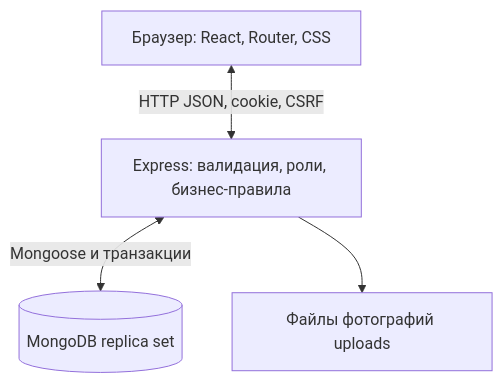
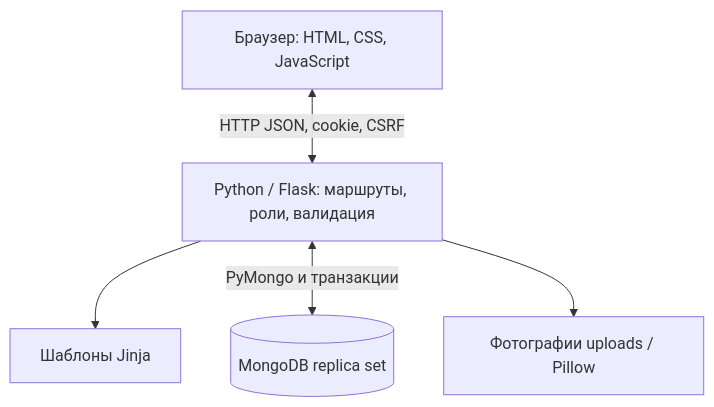
Before and after one commit to alexander2007B/cursovaya: the diagram in docs/mermaid/architecture.mmd, drawn with Mermaid. The commit also changed 368 other files, not shown here.

Commit message:
Replace Node and React stack with build-free Python Flask application

```diff
--- a/docs/mermaid/architecture.mmd
+++ b/docs/mermaid/architecture.mmd
@@ -1,4 +1,5 @@
 flowchart TB
-R["Браузер: React, Router, CSS"] <-->|HTTP JSON, cookie, CSRF| E["Express: валидация, роли, бизнес-правила"]
-E <-->|Mongoose и транзакции| D[("MongoDB replica set")]
-E --> F["Файлы фотографий uploads"]
+B["Браузер: HTML, CSS, JavaScript"] <-->|HTTP JSON, cookie, CSRF| F["Python / Flask: маршруты, роли, валидация"]
+F --> J["Шаблоны Jinja"]
+F <-->|PyMongo и транзакции| D[("MongoDB replica set")]
+F --> P["Фотографии uploads / Pillow"]
```
